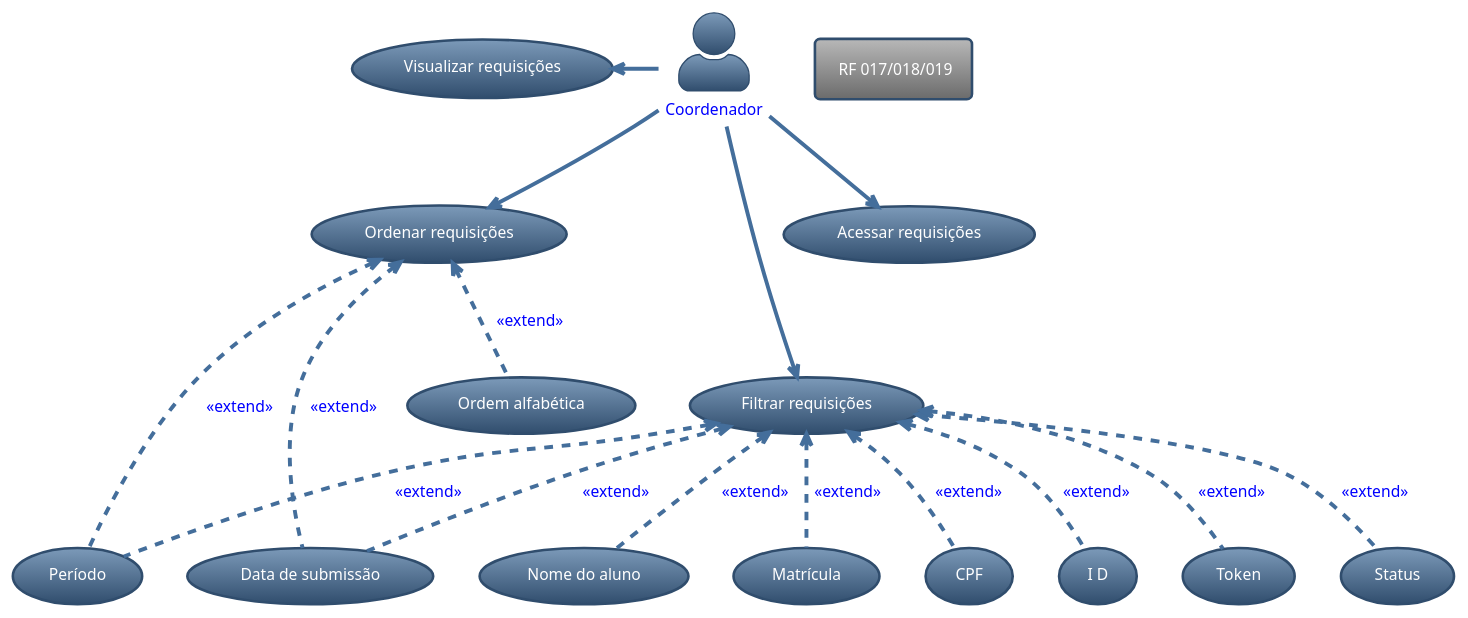
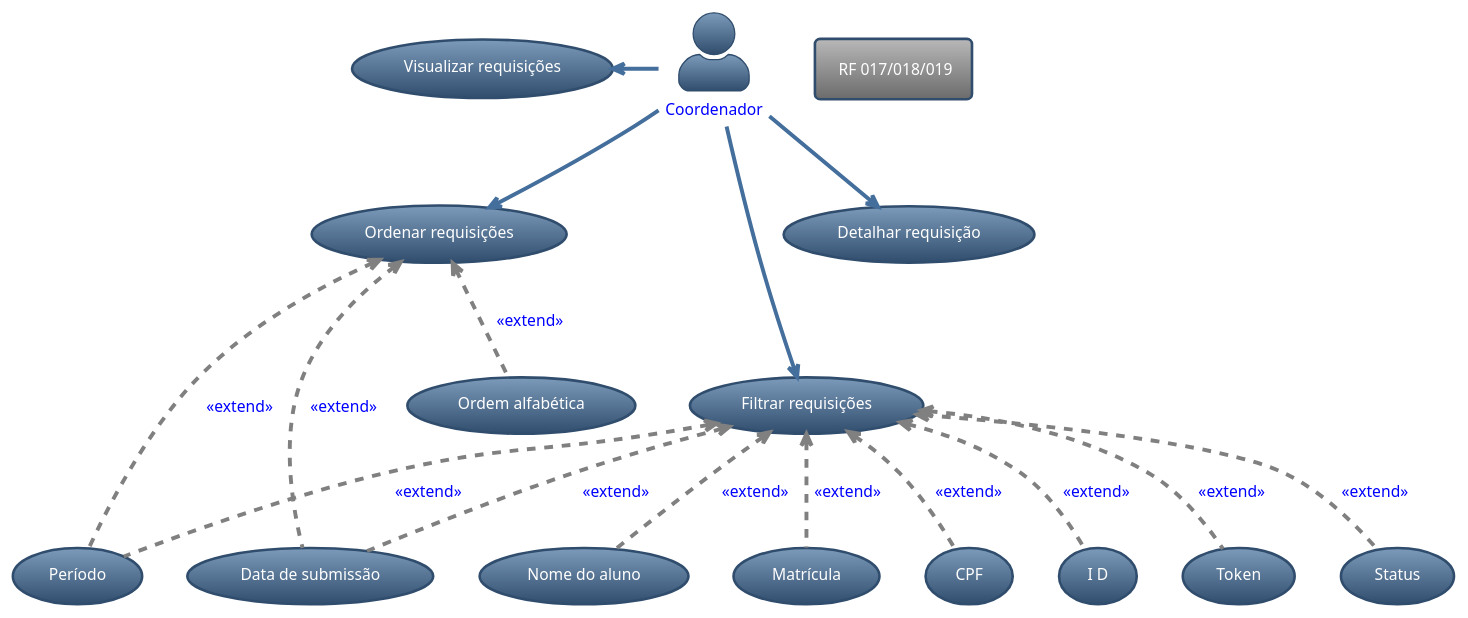
One commit to kvojps/sistema-acs changed the diagram in docs_source/src/2. Níveis/2.4 Código - C4/2.4.1 Casos de uso/2.4.3 Coordenador/RF_017_018_019.puml. Above: the diagram before and after it, drawn with PlantUML. The commit also changed 11 other files, not shown here.

```diff
--- a/docs_source/src/2. Níveis/2.4 Código - C4/2.4.1 Casos de uso/2.4.3 Coordenador/RF_017_018_019.puml
+++ b/docs_source/src/2. Níveis/2.4 Código - C4/2.4.1 Casos de uso/2.4.3 Coordenador/RF_017_018_019.puml
@@ -1,40 +1,40 @@
 @startuml RF 1.1/1.2/1.3
 skinparam actorStyle awesome
 :Coordenador: as coordenador #text:blue
 !theme spacelab
 rectangle " RF 017/018/019"
 (Filtrar requisições) as filtrar_requisicoes
 (Status) as status
 (Nome do aluno) as nome_aluno
 (Matrícula) as matricula
 (CPF) as cpf
 (I D) as id
 (Token) as token
 
 (Visualizar requisições) as visualizar_requisicoes
 
 (Ordenar requisições) as ordenar_requisicoes
 (Data de submissão) as data_submissao
 (Ordem alfabética) as ordem_alfabetica
 (Período) as periodo
 
-(Acessar requisições) as acessar_requisicoes
+(Detalhar requisição) as acessar_requisicoes
 
 
 coordenador -left--> visualizar_requisicoes
 coordenador -down--> filtrar_requisicoes
 coordenador -right--> ordenar_requisicoes
 coordenador --> acessar_requisicoes
-filtrar_requisicoes <.. status  #text:blue : <<extend>>
-filtrar_requisicoes <.. cpf  #text:blue : <<extend>>
-filtrar_requisicoes <.. nome_aluno  #text:blue : <<extend>>
-filtrar_requisicoes <.. matricula  #text:blue : <<extend>>
-filtrar_requisicoes <.. id  #text:blue : <<extend>>
-filtrar_requisicoes <.. token  #text:blue : <<extend>>
-filtrar_requisicoes <.. data_submissao #text:blue : <<extend>>
-filtrar_requisicoes <.. periodo  #text:blue : <<extend>>
-ordenar_requisicoes <.. periodo  #text:blue : <<extend>>
-ordenar_requisicoes <...data_submissao #text:blue : <<extend>>
-ordenar_requisicoes <.. ordem_alfabetica #text:blue : <<extend>>
+filtrar_requisicoes <.. status  #line:gray;text:blue : <<extend>>
+filtrar_requisicoes <.. cpf  #line:gray;text:blue : <<extend>>
+filtrar_requisicoes <.. nome_aluno  #line:gray;text:blue : <<extend>>
+filtrar_requisicoes <.. matricula  #line:gray;text:blue : <<extend>>
+filtrar_requisicoes <.. id  #line:gray;text:blue : <<extend>>
+filtrar_requisicoes <.. token  #line:gray;text:blue : <<extend>>
+filtrar_requisicoes <.. data_submissao #line:gray;text:blue : <<extend>>
+filtrar_requisicoes <.. periodo  #line:gray;text:blue : <<extend>>
+ordenar_requisicoes <.. periodo  #line:gray;text:blue : <<extend>>
+ordenar_requisicoes <...data_submissao #line:gray;text:blue : <<extend>>
+ordenar_requisicoes <.. ordem_alfabetica #line:gray;text:blue : <<extend>>
 
 @enduml
```
